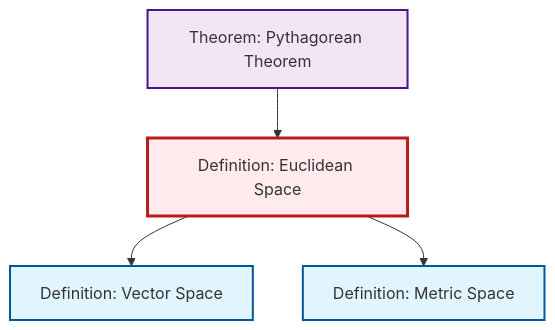
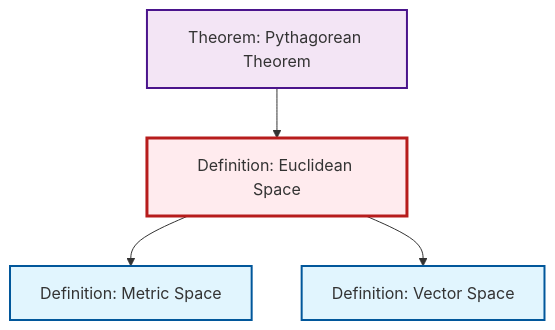
One commit to RK0429/ModernMath changed the second of 2 diagrams in content/en/geometry/def-euclidean-space.qmd. Above: the diagram before and after it, drawn with Mermaid. The commit also changed other lines of this file and 10 other files, not shown here.

First line of the commit message:
feat: Add Normed Vector Space definition with comprehensive cross-references

````diff
--- a/content/en/geometry/def-euclidean-space.qmd
+++ b/content/en/geometry/def-euclidean-space.qmd
@@ -67,20 +68,20 @@
 ```{mermaid}
 %%| fig-cap: "Local dependency graph"
 graph TD
     classDef definition fill:#e1f5fe,stroke:#01579b,stroke-width:2px
     classDef theorem fill:#f3e5f5,stroke:#4a148c,stroke-width:2px
     classDef axiom fill:#fff3e0,stroke:#e65100,stroke-width:2px
     classDef example fill:#e8f5e9,stroke:#1b5e20,stroke-width:2px
     classDef current fill:#ffebee,stroke:#b71c1c,stroke-width:3px
+    def-vector-space["Definition: Vector Space"]:::definition
+    thm-pythagorean["Theorem: Pythagorean Theorem"]:::theorem
+    def-metric-space["Definition: Metric Space"]:::definition
     def-euclidean-space["Definition: Euclidean Space"]:::definition
-    def-vector-space["Definition: Vector Space"]:::definition
-    def-metric-space["Definition: Metric Space"]:::definition
-    thm-pythagorean["Theorem: Pythagorean Theorem"]:::theorem
+    def-euclidean-space --> def-metric-space
+    def-euclidean-space --> def-vector-space
     thm-pythagorean --> def-euclidean-space
-    def-euclidean-space --> def-vector-space
-    def-euclidean-space --> def-metric-space
     class def-euclidean-space current
     click def-vector-space "def-vector-space.html" "Go to Vector Space definition"
+    click thm-pythagorean "thm-pythagorean.html" "Go to Pythagorean Theorem theorem"
     click def-metric-space "def-metric-space.html" "Go to Metric Space definition"
-    click thm-pythagorean "thm-pythagorean.html" "Go to Pythagorean Theorem theorem"
 ```
````
